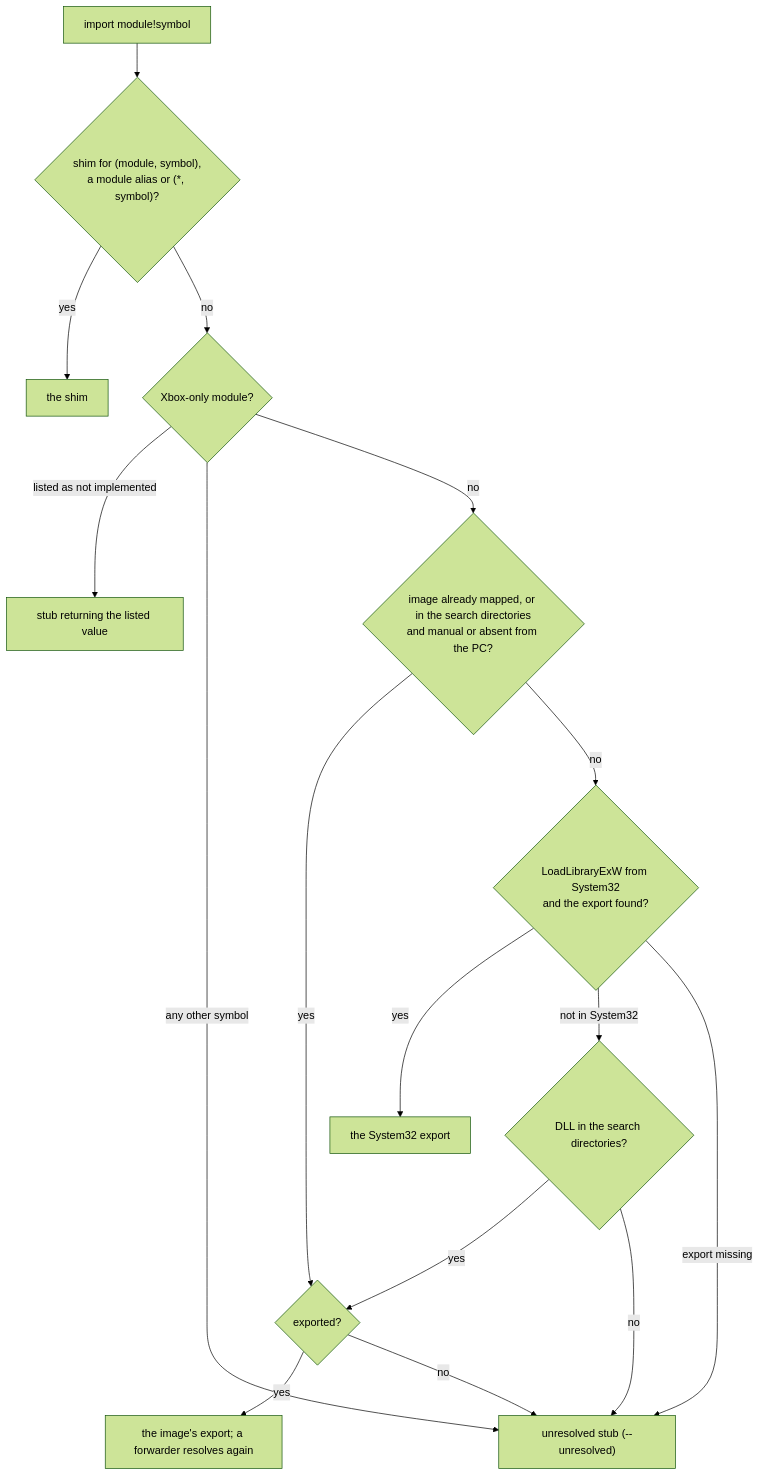
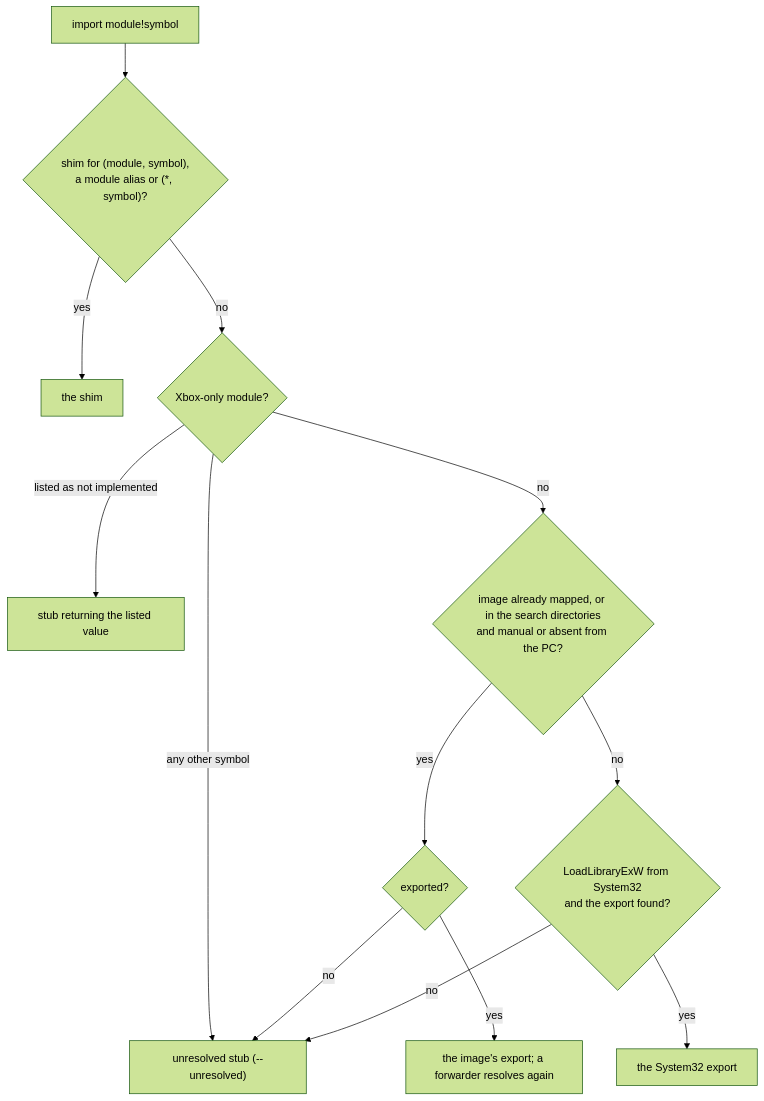
Before and after one commit to Elijah-J/five-star-recomp: the second of 3 diagrams in docs/loader.md, drawn with Mermaid (forest theme). The commit also changed other lines of this file and 1 other file, not shown here.

Commit message:
Loader: drop the packaged-module fallback that host-module resolution replaces

````diff
--- a/docs/loader.md
+++ b/docs/loader.md
@@ -39,19 +39,16 @@
 ```mermaid
 flowchart TD
   unres["unresolved stub (--unresolved)"]
   imp["import module!symbol"] --> shim{"shim for (module, symbol),<br/>a module alias or (*, symbol)?"}
   shim -->|"yes"| bshim["the shim"]
   shim -->|"no"| xbox{"Xbox-only module?"}
   xbox -->|"listed as not implemented"| ni["stub returning the listed value"]
   xbox -->|"any other symbol"| unres
   xbox -->|"no"| img{"image already mapped, or in the search directories<br/>and manual or absent from the PC?"}
   img -->|"yes"| exp{"exported?"}
   exp -->|"yes"| bimg["the image's export; a forwarder resolves again"]
   exp -->|"no"| unres
   img -->|"no"| sys{"LoadLibraryExW from System32<br/>and the export found?"}
   sys -->|"yes"| bsys["the System32 export"]
-  sys -->|"not in System32"| pkg{"DLL in the search directories?"}
-  pkg -->|"yes"| exp
-  pkg -->|"no"| unres
-  sys -->|"export missing"| unres
+  sys -->|"no"| unres
 ```
````
